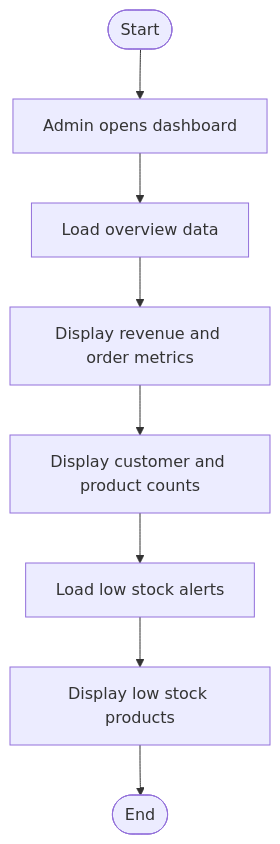
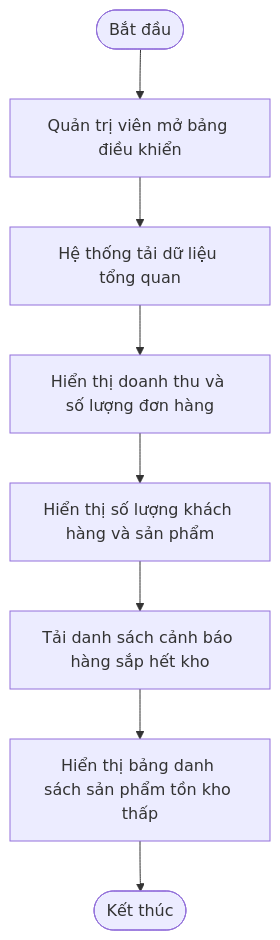
One commit to DanhTrannn/TLCN changed diagram 17 of 57 in docs/design-analysis/OOSAD_ANALYSIS.md. Above: the diagram before and after it, drawn with Mermaid. The commit also changed other lines of this file, not shown here.

````diff
--- a/docs/design-analysis/OOSAD_ANALYSIS.md
+++ b/docs/design-analysis/OOSAD_ANALYSIS.md
@@ -1087,10 +1089,10 @@
 ```mermaid
 flowchart TD
-    Start([Start]) --> A[Admin opens dashboard]
-    A --> B[Load overview data]
-    B --> C[Display revenue and order metrics]
-    C --> D[Display customer and product counts]
-    D --> E[Load low stock alerts]
-    E --> F[Display low stock products]
-    F --> End([End])
+    Start([Bắt đầu]) --> A[Quản trị viên mở bảng điều khiển]
+    A --> B[Hệ thống tải dữ liệu tổng quan]
+    B --> C[Hiển thị doanh thu và số lượng đơn hàng]
+    C --> D[Hiển thị số lượng khách hàng và sản phẩm]
+    D --> E[Tải danh sách cảnh báo hàng sắp hết kho]
+    E --> F[Hiển thị bảng danh sách sản phẩm tồn kho thấp]
+    F --> End([Kết thúc])
 ```
````
